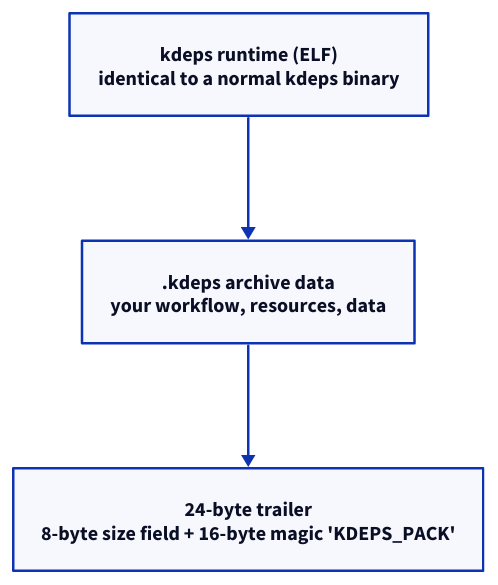
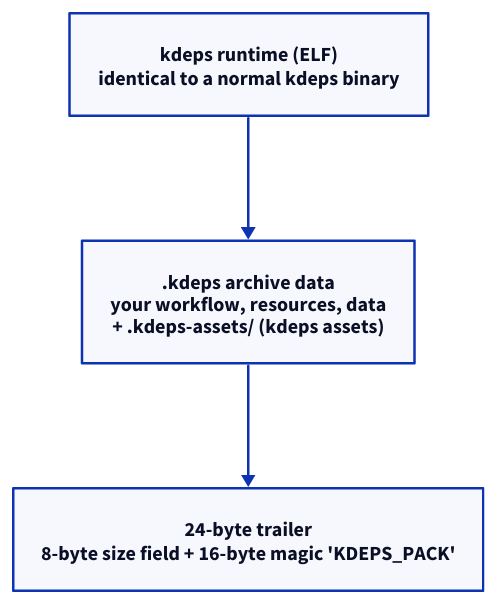
One commit to kdeps/kdeps changed the diagram in docs/v2/deploy/binaries.md. Above: the diagram before and after it, drawn with D2. The commit also changed other lines of this file and 319 other files, not shown here.

````diff
--- a/docs/v2/deploy/binaries.md
+++ b/docs/v2/deploy/binaries.md
@@ -25,9 +25,9 @@
 ```d2
 direction: down
 
 A: "kdeps runtime (ELF)\nidentical to a normal kdeps binary"
-B: ".kdeps archive data\nyour workflow, resources, data"
+B: ".kdeps archive data\nyour workflow, resources, data\n+ .kdeps-assets/ (kdeps assets)"
 C: "24-byte trailer\n8-byte size field + 16-byte magic 'KDEPS_PACK'"
 
 A -> B -> C
 ```
````
